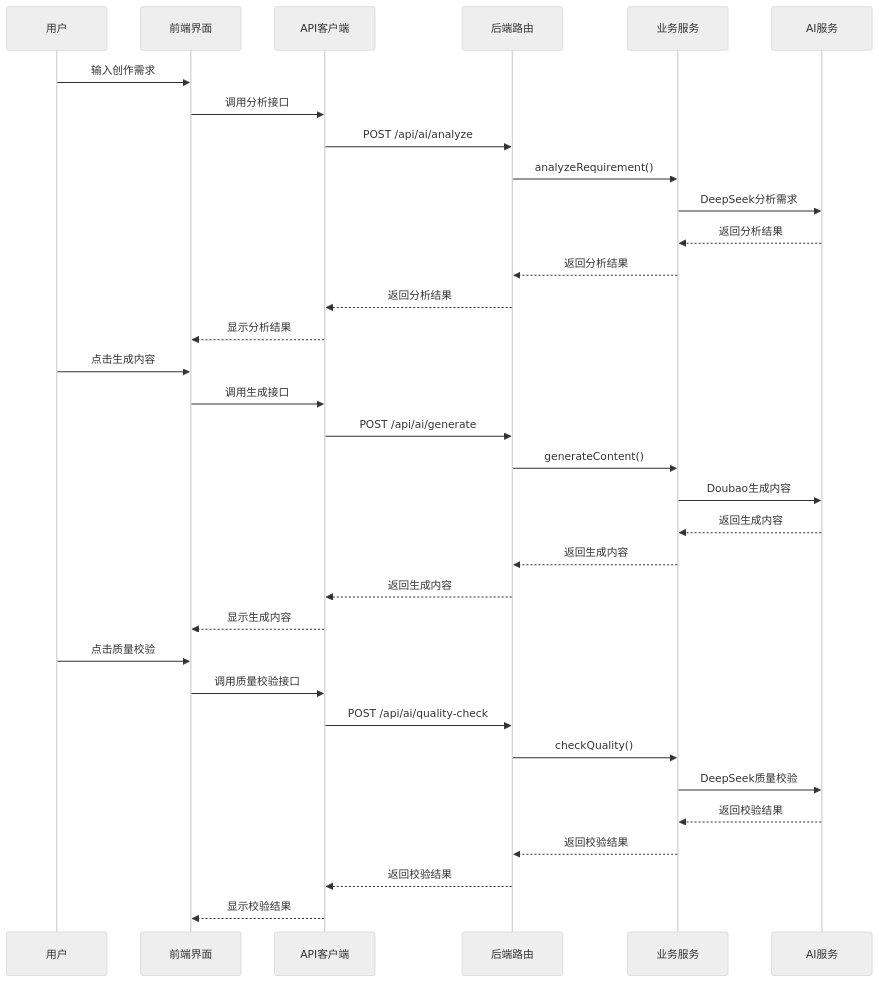
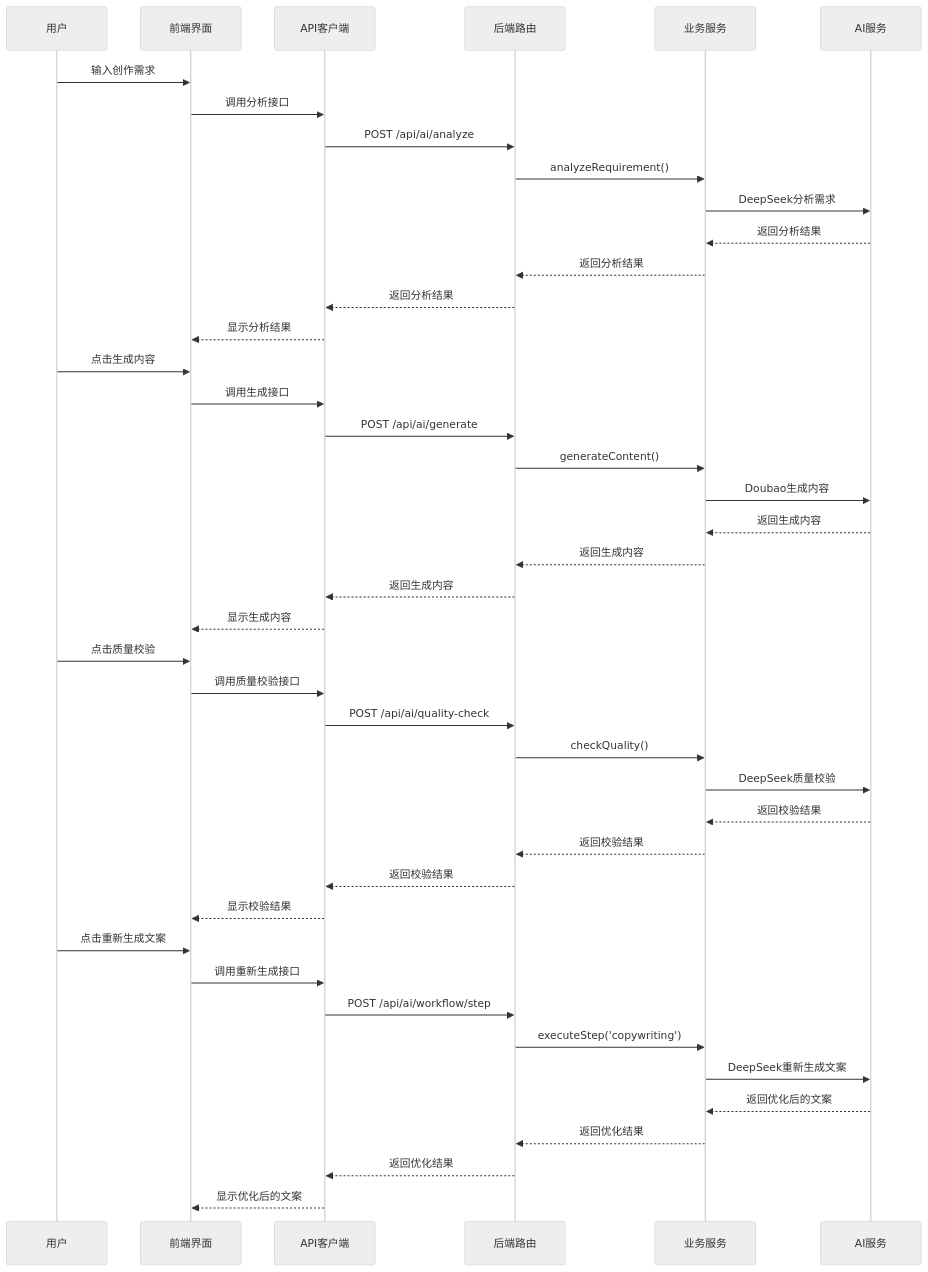
Before and after one commit to songdiyang/clawOperations: the second of 18 diagrams in .qoder/repowiki/zh/content/核心模块详解/Web界面系统/AI创作页面.md, drawn with Mermaid (neutral theme). The commit also changed other lines of this file and 8 other files, not shown here.

````diff
--- a/.qoder/repowiki/zh/content/核心模块详解/Web界面系统/AI创作页面.md
+++ b/.qoder/repowiki/zh/content/核心模块详解/Web界面系统/AI创作页面.md
@@ -107,36 +107,45 @@
 ```mermaid
 sequenceDiagram
 participant User as 用户
 participant UI as 前端界面
 participant API as API客户端
 participant Router as 后端路由
 participant Service as 业务服务
 participant AI as AI服务
 User->>UI : 输入创作需求
 UI->>API : 调用分析接口
 API->>Router : POST /api/ai/analyze
 Router->>Service : analyzeRequirement()
 Service->>AI : DeepSeek分析需求
 AI-->>Service : 返回分析结果
 Service-->>Router : 返回分析结果
 Router-->>API : 返回分析结果
 API-->>UI : 显示分析结果
 User->>UI : 点击生成内容
 UI->>API : 调用生成接口
 API->>Router : POST /api/ai/generate
 Router->>Service : generateContent()
 Service->>AI : Doubao生成内容
 AI-->>Service : 返回生成内容
 Service-->>Router : 返回生成内容
 Router-->>API : 返回生成内容
 API-->>UI : 显示生成内容
 User->>UI : 点击质量校验
 UI->>API : 调用质量校验接口
 API->>Router : POST /api/ai/quality-check
 Router->>Service : checkQuality()
 Service->>AI : DeepSeek质量校验
 AI-->>Service : 返回校验结果
 Service-->>Router : 返回校验结果
 Router-->>API : 返回校验结果
 API-->>UI : 显示校验结果
+User->>UI : 点击重新生成文案
+UI->>API : 调用重新生成接口
+API->>Router : POST /api/ai/workflow/step
+Router->>Service : executeStep('copywriting')
+Service->>AI : DeepSeek重新生成文案
+AI-->>Service : 返回优化后的文案
+Service-->>Router : 返回优化结果
+Router-->>API : 返回优化结果
+API-->>UI : 显示优化后的文案
 ```
````
